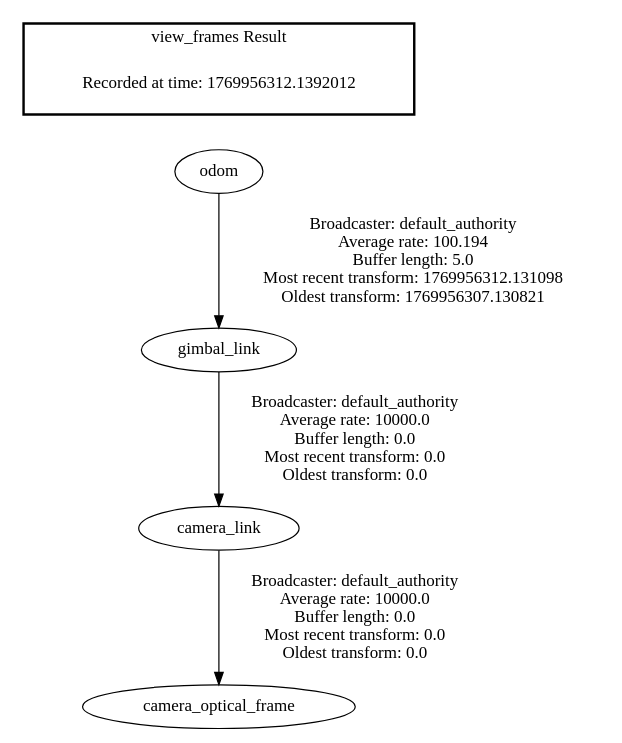
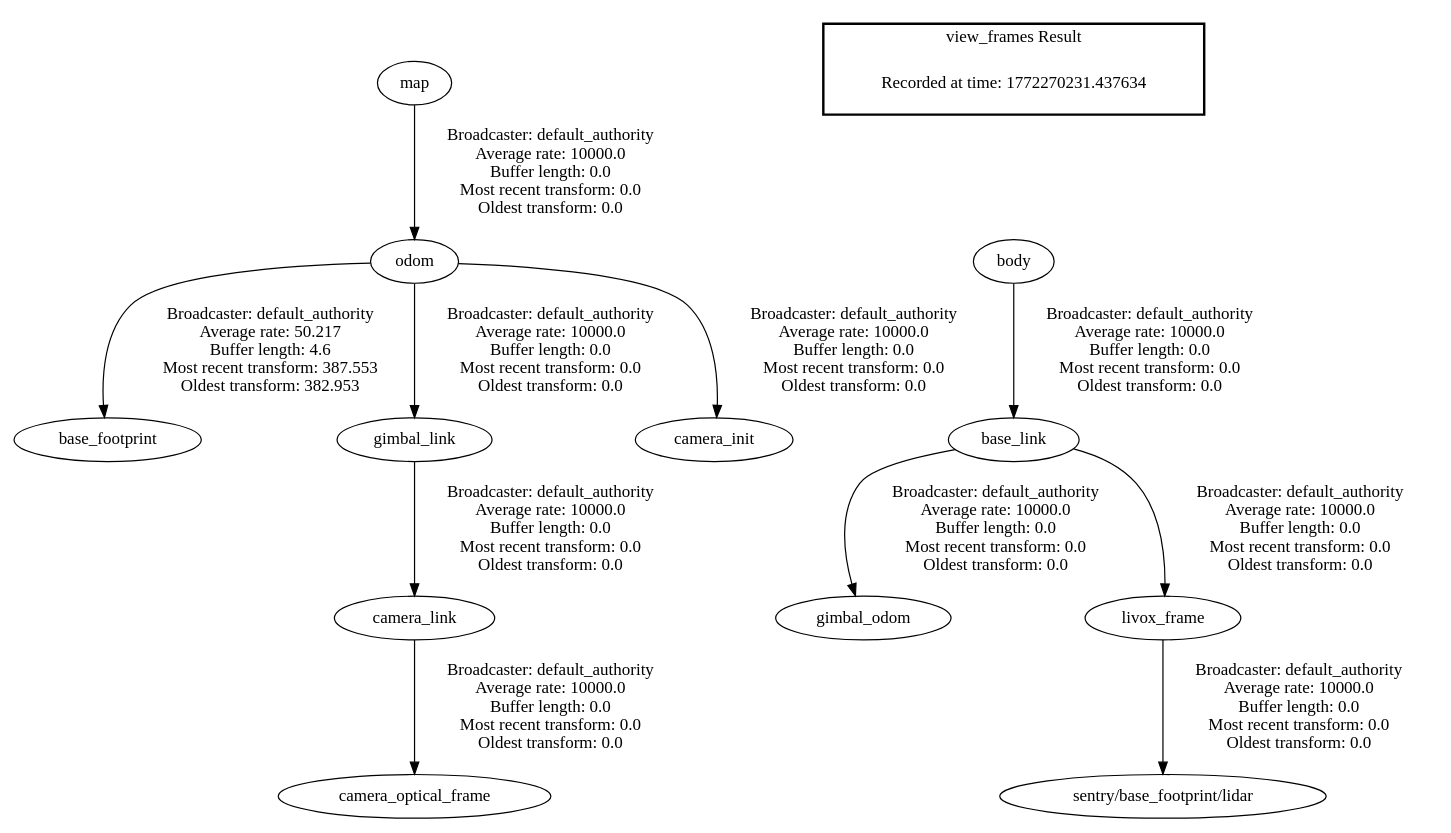
Before and after one commit to LRaina215/HNU_NHS_SENTRY: the diagram in frames.gv, drawn with Graphviz. The commit also changed 167 other files, not shown here.

```diff
--- a/frames.gv
+++ b/frames.gv
@@ -1,9 +1,16 @@
 digraph G {
-"odom" -> "gimbal_link"[label=" Broadcaster: default_authority\nAverage rate: 100.194\nBuffer length: 5.0\nMost recent transform: 1769956312.131098\nOldest transform: 1769956307.130821\n"];
+"odom" -> "base_footprint"[label=" Broadcaster: default_authority\nAverage rate: 50.217\nBuffer length: 4.6\nMost recent transform: 387.553\nOldest transform: 382.953\n"];
+"map" -> "odom"[label=" Broadcaster: default_authority\nAverage rate: 10000.0\nBuffer length: 0.0\nMost recent transform: 0.0\nOldest transform: 0.0\n"];
 "gimbal_link" -> "camera_link"[label=" Broadcaster: default_authority\nAverage rate: 10000.0\nBuffer length: 0.0\nMost recent transform: 0.0\nOldest transform: 0.0\n"];
+"odom" -> "gimbal_link"[label=" Broadcaster: default_authority\nAverage rate: 10000.0\nBuffer length: 0.0\nMost recent transform: 0.0\nOldest transform: 0.0\n"];
 "camera_link" -> "camera_optical_frame"[label=" Broadcaster: default_authority\nAverage rate: 10000.0\nBuffer length: 0.0\nMost recent transform: 0.0\nOldest transform: 0.0\n"];
+"base_link" -> "gimbal_odom"[label=" Broadcaster: default_authority\nAverage rate: 10000.0\nBuffer length: 0.0\nMost recent transform: 0.0\nOldest transform: 0.0\n"];
+"body" -> "base_link"[label=" Broadcaster: default_authority\nAverage rate: 10000.0\nBuffer length: 0.0\nMost recent transform: 0.0\nOldest transform: 0.0\n"];
+"base_link" -> "livox_frame"[label=" Broadcaster: default_authority\nAverage rate: 10000.0\nBuffer length: 0.0\nMost recent transform: 0.0\nOldest transform: 0.0\n"];
+"livox_frame" -> "sentry/base_footprint/lidar"[label=" Broadcaster: default_authority\nAverage rate: 10000.0\nBuffer length: 0.0\nMost recent transform: 0.0\nOldest transform: 0.0\n"];
+"odom" -> "camera_init"[label=" Broadcaster: default_authority\nAverage rate: 10000.0\nBuffer length: 0.0\nMost recent transform: 0.0\nOldest transform: 0.0\n"];
 edge [style=invis];
  subgraph cluster_legend { style=bold; color=black; label ="view_frames Result";
-"Recorded at time: 1769956312.1392012"[ shape=plaintext ] ;
-}->"odom";
+"Recorded at time: 1772270231.437634"[ shape=plaintext ] ;
+}->"body";
 }
```
